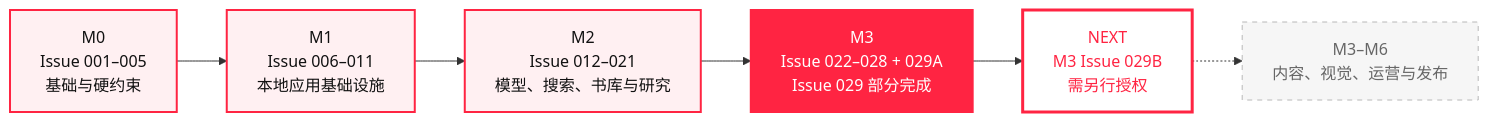
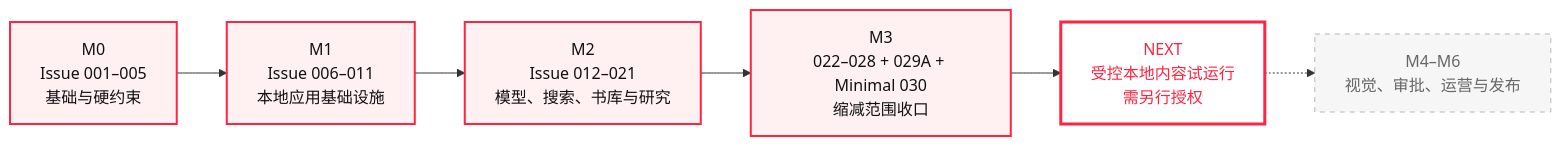
One commit to KAtOReNA7/Rednote-Automated-Operation-Tool changed the first of 2 diagrams in README.md. Above: the diagram before and after it, drawn with Mermaid. The commit also changed other lines of this file and 15 other files, not shown here.

````diff
--- a/README.md
+++ b/README.md
@@ -80,18 +81,18 @@
 ```mermaid
 flowchart LR
     M0["M0<br/>Issue 001–005<br/>基础与硬约束"] --> M1["M1<br/>Issue 006–011<br/>本地应用基础设施"]
     M1 --> M2["M2<br/>Issue 012–021<br/>模型、搜索、书库与研究"]
-    M2 --> M3["M3<br/>Issue 022–028 + 029A<br/>Issue 029 部分完成"]
-    M3 --> NEXT["NEXT<br/>M3 Issue 029B<br/>需另行授权"]
-    NEXT -.-> FUTURE["M3–M6<br/>内容、视觉、运营与发布"]
+    M2 --> M3["M3<br/>022–028 + 029A + Minimal 030<br/>缩减范围收口"]
+    M3 --> NEXT["NEXT<br/>受控本地内容试运行<br/>需另行授权"]
+    NEXT -.-> FUTURE["M4–M6<br/>视觉、审批、运营与发布"]
 
     classDef done fill:#fff0f2,stroke:#ff2442,color:#111,stroke-width:2px;
     classDef active fill:#ff2442,stroke:#ff2442,color:#fff,stroke-width:2px;
     classDef next fill:#fff,stroke:#ff2442,color:#ff2442,stroke-width:3px;
     classDef future fill:#f6f6f6,stroke:#b8b8b8,color:#666,stroke-dasharray:5 5;
 
     class M0,M1,M2 done;
-    class M3 active;
+    class M3 done;
     class NEXT next;
     class FUTURE future;
 ```
````
